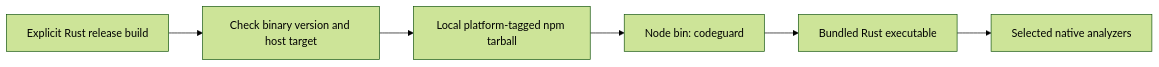
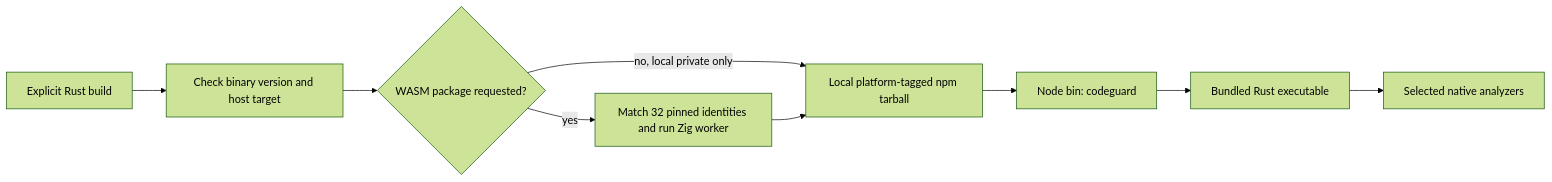
Before and after one commit to full-stack-plugins/codeguard: diagram 12 of 12 in docs/Codeguard-Architecture.md, drawn with Mermaid (forest theme). The commit also changed other lines of this file and 12 other files, not shown here.

First line of the commit message:
feat(npm): 本地包打包纳入 32 份语法 WASM 并附验收

````diff
--- a/docs/Codeguard-Architecture.md
+++ b/docs/Codeguard-Architecture.md
@@ -479,8 +479,11 @@
 ```mermaid
 flowchart LR
-    Build[Explicit Rust release build] --> Verify[Check binary version and host target]
-    Verify --> Pack[Local platform-tagged npm tarball]
+    Build[Explicit Rust build] --> Verify[Check binary version and host target]
+    Verify --> Wasm{WASM package requested?}
+    Wasm -->|yes| Probe[Match 32 pinned identities and run Zig worker]
+    Wasm -->|no, local private only| Pack[Local platform-tagged npm tarball]
+    Probe --> Pack
     Pack --> Node[Node bin: codeguard]
     Node --> Rust[Bundled Rust executable]
     Rust --> Native[Selected native analyzers]
 ```
````
